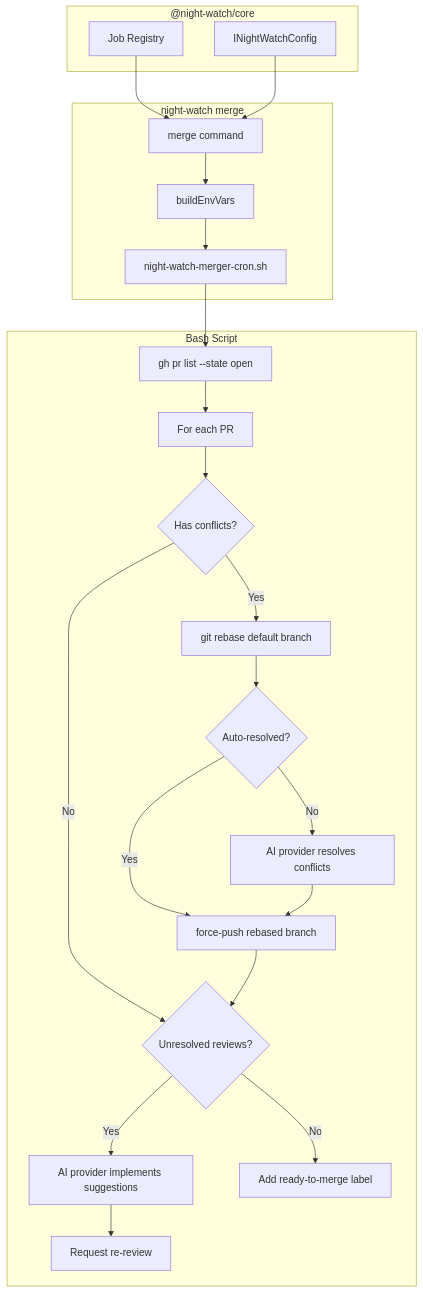
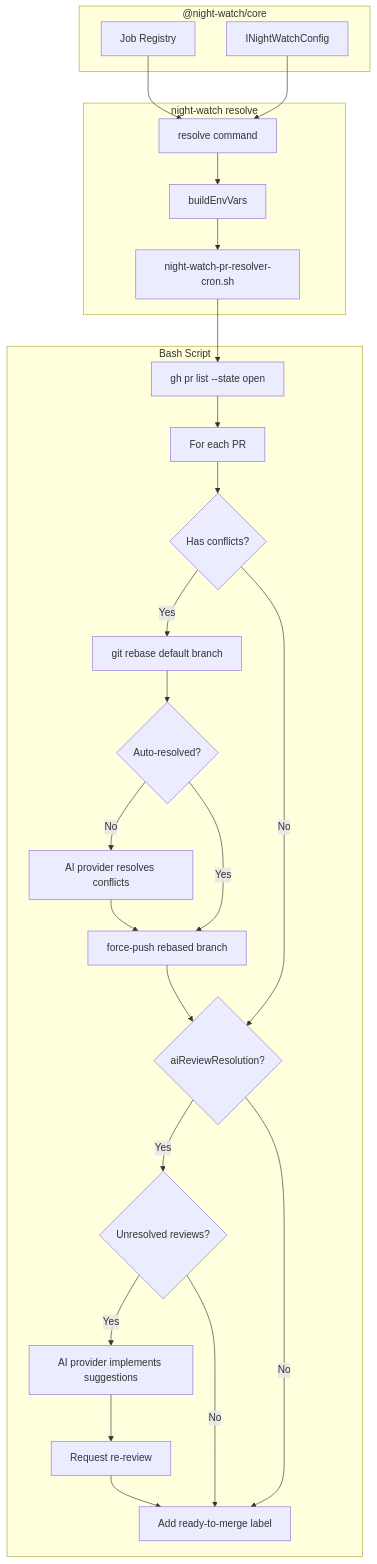
Before and after one commit to jonit-dev/night-watch-cli: the first of 2 diagrams in docs/PRDs/pr-merge-keeper.md, drawn with Mermaid. The commit also changed other lines of this file and 32 other files, not shown here.

````diff
--- a/docs/PRDs/pr-merge-keeper.md
+++ b/docs/PRDs/pr-merge-keeper.md
@@ -42,28 +40,31 @@
 ```mermaid
 flowchart TB
-    subgraph CLI["night-watch merge"]
-        CMD[merge command] --> ENV[buildEnvVars]
-        ENV --> SCRIPT[night-watch-merger-cron.sh]
+    subgraph CLI["night-watch resolve"]
+        CMD[resolve command] --> ENV[buildEnvVars]
+        ENV --> SCRIPT[night-watch-pr-resolver-cron.sh]
     end
 
     subgraph Script["Bash Script"]
         SCRIPT --> FETCH[gh pr list --state open]
         FETCH --> LOOP[For each PR]
         LOOP --> CONFLICT{Has conflicts?}
         CONFLICT -->|Yes| REBASE[git rebase default branch]
         REBASE --> AUTO{Auto-resolved?}
         AUTO -->|No| AI_RESOLVE[AI provider resolves conflicts]
         AUTO -->|Yes| PUSH[force-push rebased branch]
         AI_RESOLVE --> PUSH
-        CONFLICT -->|No| REVIEW{Unresolved reviews?}
-        PUSH --> REVIEW
-        REVIEW -->|Yes| AI_FIX[AI provider implements suggestions]
+        PUSH --> REVIEW{aiReviewResolution?}
+        CONFLICT -->|No| REVIEW
+        REVIEW -->|Yes| UNRESOLVED{Unresolved reviews?}
+        UNRESOLVED -->|Yes| AI_FIX[AI provider implements suggestions]
         AI_FIX --> RE_REVIEW[Request re-review]
+        UNRESOLVED -->|No| LABEL
         REVIEW -->|No| LABEL[Add ready-to-merge label]
+        RE_REVIEW --> LABEL
     end
 
     subgraph Core["@night-watch/core"]
         REG[Job Registry] --> CMD
         CONFIG[INightWatchConfig] --> CMD
     end
 ```
````
